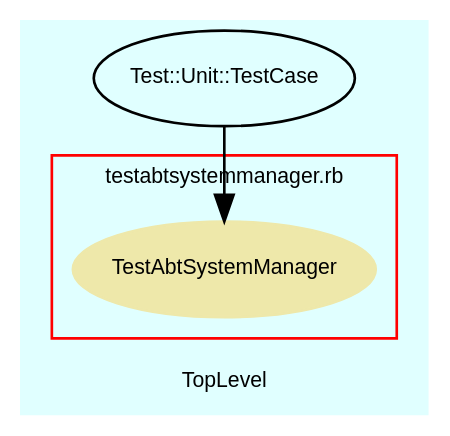
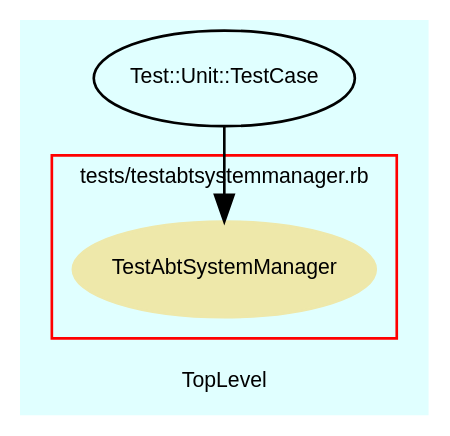
The diagram in src/trunk/doc/dot/f_16.dot (eschabell/abtlinux), drawn with Graphviz before and after one commit. The commit also changed 52 other files, not shown here.

```diff
--- a/src/trunk/doc/dot/f_16.dot
+++ b/src/trunk/doc/dot/f_16.dot
@@ -1,37 +1,37 @@
 digraph TopLevel {
     compound = true
     bgcolor = lightcyan1
     fontname = Arial
     fontsize = 8
     label = "TopLevel"
     node [
         fontname = Arial,
         fontsize = 8,
         color = black
     ]
 
     subgraph cluster_17 {
         fontname = Arial
         color = red
-        label = "testabtsystemmanager.rb"
+        label = "tests/testabtsystemmanager.rb"
         TestAbtSystemManager [
             fontcolor = black,
             URL = "classes/TestAbtSystemManager.html",
             shape = ellipse,
             color = palegoldenrod,
             style = filled,
             label = "TestAbtSystemManager"
         ]
 
     }
 
     Test__Unit__TestCase [
         URL = "classes/Test/Unit/TestCase.html",
         label = "Test::Unit::TestCase"
     ]
 
     Test__Unit__TestCase -> TestAbtSystemManager [
 
     ]
 
 }
```
